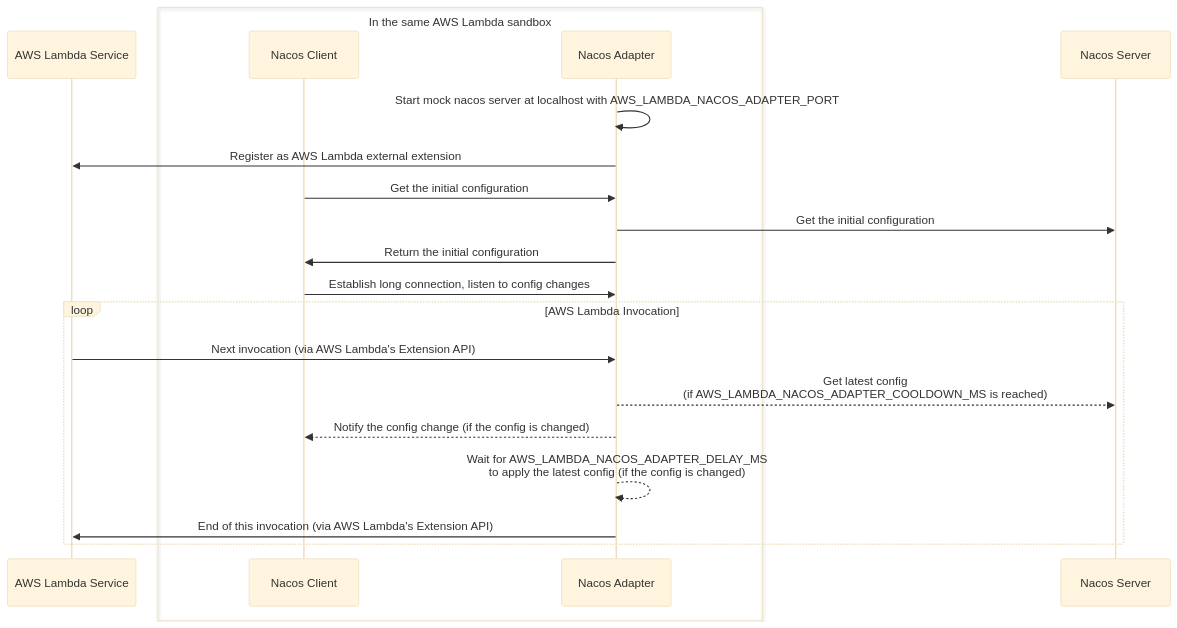
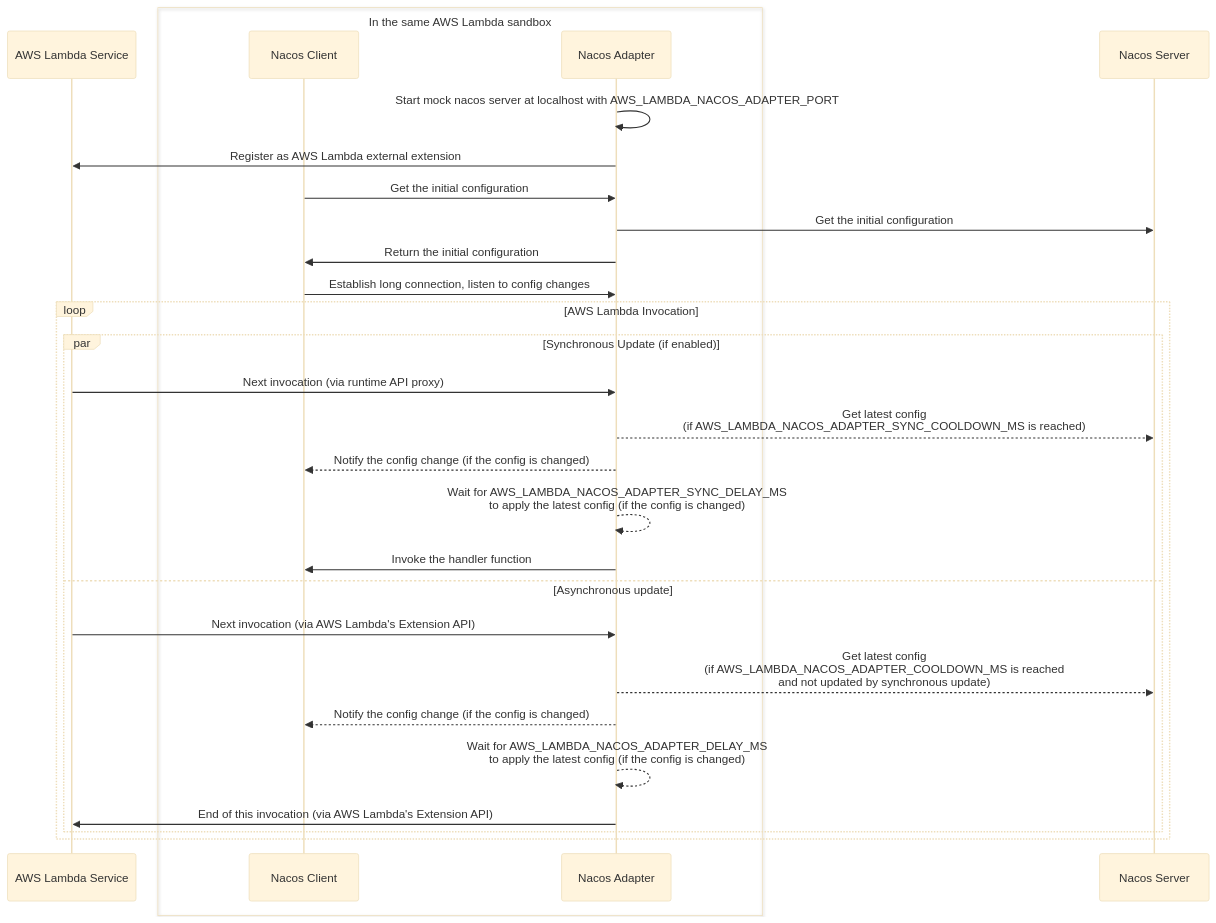
The diagram in README.md (aws-samples/nacos-adapter-demo-on-aws-lambda), drawn with Mermaid (base theme) before and after one commit. The commit also changed other lines of this file, not shown here.

````diff
--- a/README.md
+++ b/README.md
@@ -47,24 +78,32 @@
 ```mermaid
 sequenceDiagram
   participant L as AWS Lambda Service
   participant C as Nacos Client
   participant A as Nacos Adapter
   participant S as Nacos Server
   box In the same AWS Lambda sandbox
     participant C
     participant A
   end
   A->>A: Start mock nacos server at localhost with AWS_LAMBDA_NACOS_ADAPTER_PORT
   A->>L: Register as AWS Lambda external extension
   C->>A: Get the initial configuration
   A->>S: Get the initial configuration
   A->>C: Return the initial configuration
   C->>A: Establish long connection, listen to config changes
   loop AWS Lambda Invocation
-    L->>A: Next invocation (via AWS Lambda's Extension API)
-    A-->>S: Get latest config <br/> (if AWS_LAMBDA_NACOS_ADAPTER_COOLDOWN_MS is reached)
-    A-->>C: Notify the config change (if the config is changed)
-    A-->>A: Wait for AWS_LAMBDA_NACOS_ADAPTER_DELAY_MS <br/> to apply the latest config (if the config is changed)
-    A->>L: End of this invocation (via AWS Lambda's Extension API)
+    par Synchronous Update (if enabled)
+      L->>A: Next invocation (via runtime API proxy)
+      A-->>S: Get latest config <br/> (if AWS_LAMBDA_NACOS_ADAPTER_SYNC_COOLDOWN_MS is reached)
+      A-->>C: Notify the config change (if the config is changed)
+      A-->>A: Wait for AWS_LAMBDA_NACOS_ADAPTER_SYNC_DELAY_MS <br/> to apply the latest config (if the config is changed)
+      A->>C: Invoke the handler function
+    and Asynchronous update
+      L->>A: Next invocation (via AWS Lambda's Extension API)
+      A-->>S: Get latest config <br/> (if AWS_LAMBDA_NACOS_ADAPTER_COOLDOWN_MS is reached <br/> and not updated by synchronous update)
+      A-->>C: Notify the config change (if the config is changed)
+      A-->>A: Wait for AWS_LAMBDA_NACOS_ADAPTER_DELAY_MS <br/> to apply the latest config (if the config is changed)
+      A->>L: End of this invocation (via AWS Lambda's Extension API)
+    end
   end
 ```
````
